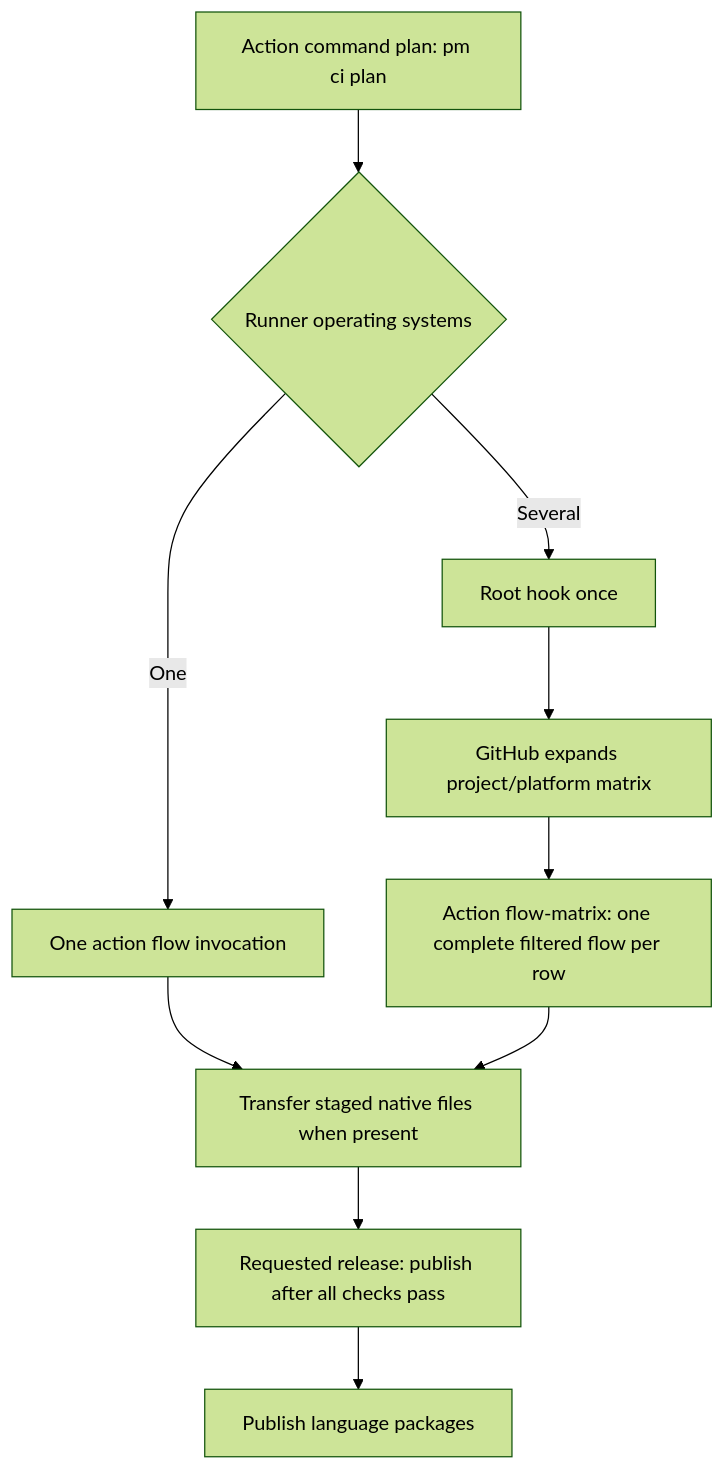
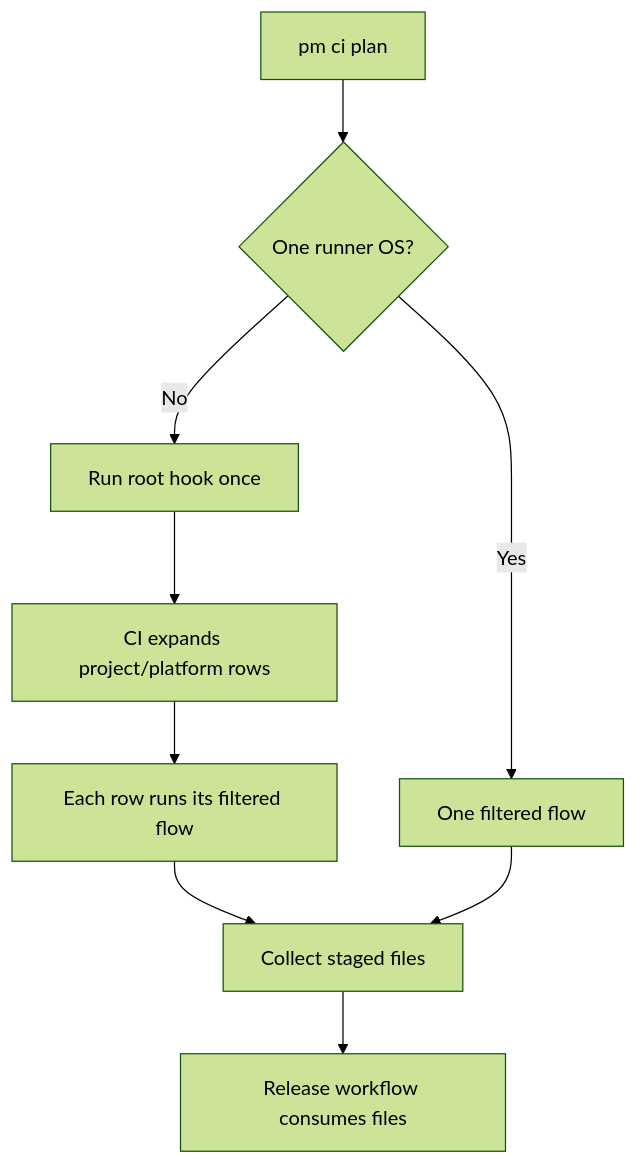
The third of 3 diagrams in docs/modules/ci.md (cloudvoyant/premise), drawn with Mermaid (forest theme) before and after one commit. The commit also changed other lines of this file and 39 other files, not shown here.

````diff
--- a/docs/modules/ci.md
+++ b/docs/modules/ci.md
@@ -44,12 +49,11 @@
 ```mermaid
 flowchart TD
-    plan[Action command plan: pm ci plan] --> choice{Runner operating systems}
-    choice -->|One| single[One action flow invocation]
-    choice -->|Several| root[Root hook once]
-    root --> matrix[GitHub expands project/platform matrix]
-    matrix --> rows[Action flow-matrix: one complete filtered flow per row]
-    single --> artifacts[Transfer staged native files when present]
-    rows --> artifacts
-    artifacts --> publish[Requested release: publish after all checks pass]
-    publish --> packages[Publish language packages]
+    schedule[pm ci plan] --> choice{One runner OS?}
+    choice -->|Yes| single[One filtered flow]
+    choice -->|No| root[Run root hook once]
+    root --> expand[CI expands project/platform rows]
+    expand --> rows[Each row runs its filtered flow]
+    rows --> staged[Collect staged files]
+    single --> staged
+    staged --> downstream[Release workflow consumes files]
 ```
````
